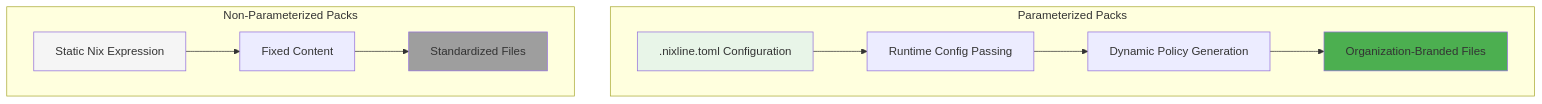
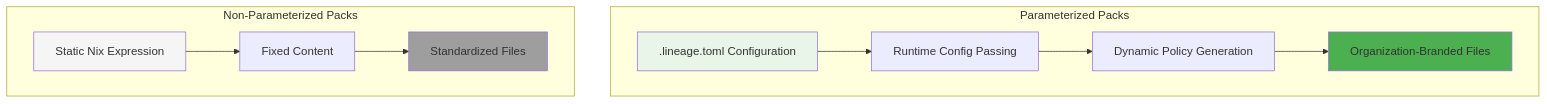
One commit to NixLine-org/nixline-baseline changed the seventh of 11 diagrams in README.md. Above: the diagram before and after it, drawn with Mermaid. The commit also changed other lines of this file and 3 other files, not shown here.

````diff
--- a/README.md
+++ b/README.md
@@ -834,19 +834,19 @@
 ```mermaid
 graph TB
     subgraph "Parameterized Packs"
-        A1[.nixline.toml Configuration] --> B1[Runtime Config Passing]
+        A1[.lineage.toml Configuration] --> B1[Runtime Config Passing]
         B1 --> C1[Dynamic Policy Generation]
         C1 --> D1[Organization-Branded Files]
 
         style A1 fill:#e8f5e8
         style D1 fill:#4CAF50
     end
 
     subgraph "Non-Parameterized Packs"
         A2[Static Nix Expression] --> B2[Fixed Content]
         B2 --> C2[Standardized Files]
 
         style A2 fill:#f5f5f5
         style C2 fill:#9E9E9E
     end
 ```
````
